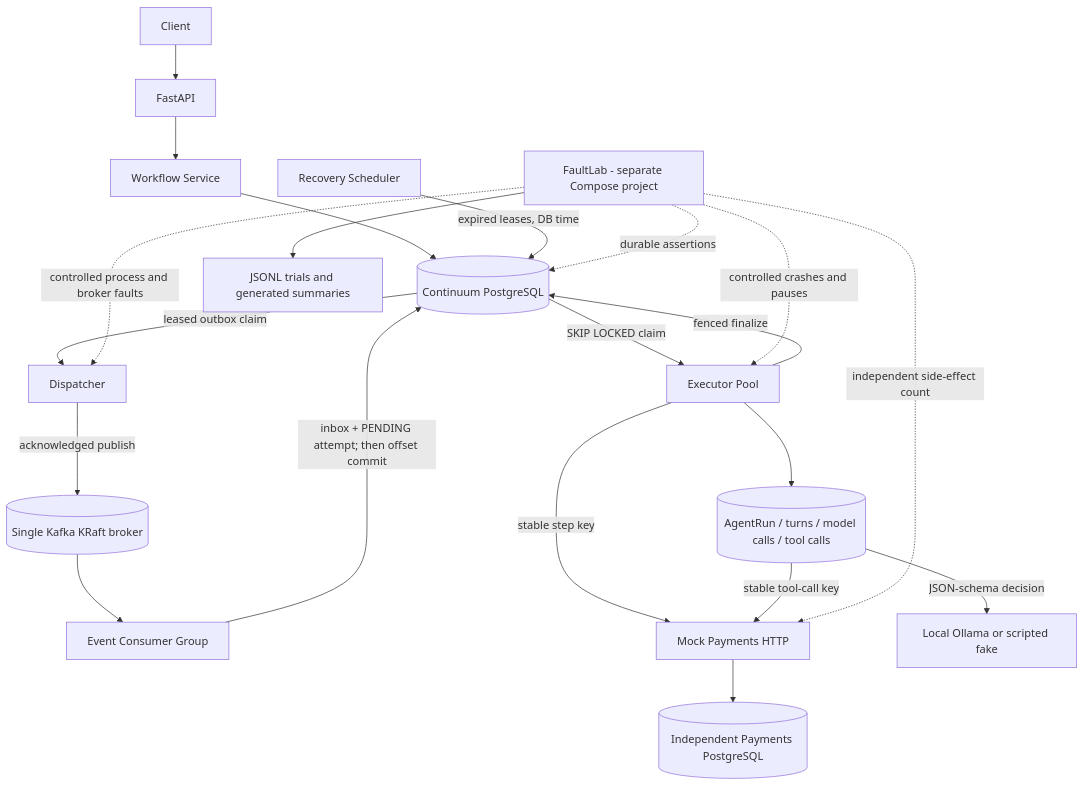
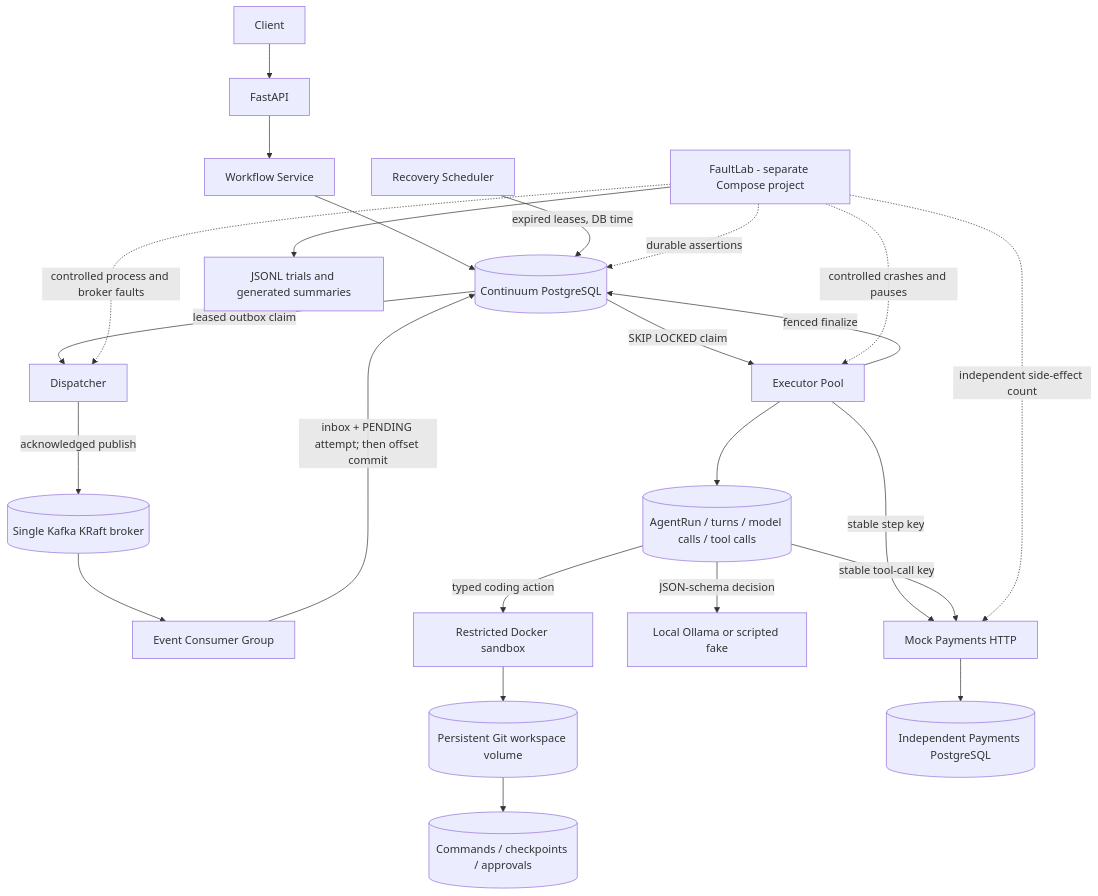
The diagram in README.md (patelanush/Continuum), drawn with Mermaid before and after one commit. The commit also changed other lines of this file and 57 other files, not shown here.

````diff
--- a/README.md
+++ b/README.md
@@ -25,23 +29,26 @@
 ```mermaid
 flowchart TD
     Client --> API[FastAPI]
     API --> WS[Workflow Service]
     WS --> PG[(Continuum PostgreSQL)]
     PG -->|leased outbox claim| D[Dispatcher]
     D -->|acknowledged publish| K[(Single Kafka KRaft broker)]
     K --> C[Event Consumer Group]
     C -->|inbox + PENDING attempt; then offset commit| PG
     PG -->|SKIP LOCKED claim| E[Executor Pool]
     E -->|stable step key| M[Mock Payments HTTP]
     E --> AR[(AgentRun / turns / model calls / tool calls)]
     AR -->|JSON-schema decision| O[Local Ollama or scripted fake]
     AR -->|stable tool-call key| M
+    AR -->|typed coding action| SB[Restricted Docker sandbox]
+    SB --> WV[(Persistent Git workspace volume)]
+    WV --> CP[(Commands / checkpoints / approvals)]
     M --> MP[(Independent Payments PostgreSQL)]
     E -->|fenced finalize| PG
     R[Recovery Scheduler] -->|expired leases, DB time| PG
     F[FaultLab - separate Compose project] -.->|controlled process and broker faults| D
     F -.->|controlled crashes and pauses| E
     F -.->|durable assertions| PG
     F -.->|independent side-effect count| M
     F --> A[JSONL trials and generated summaries]
 ```
````
